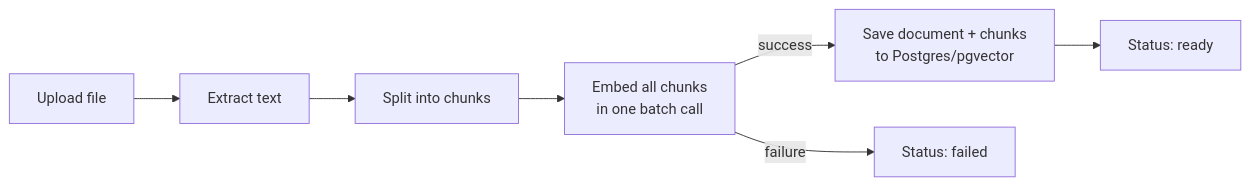
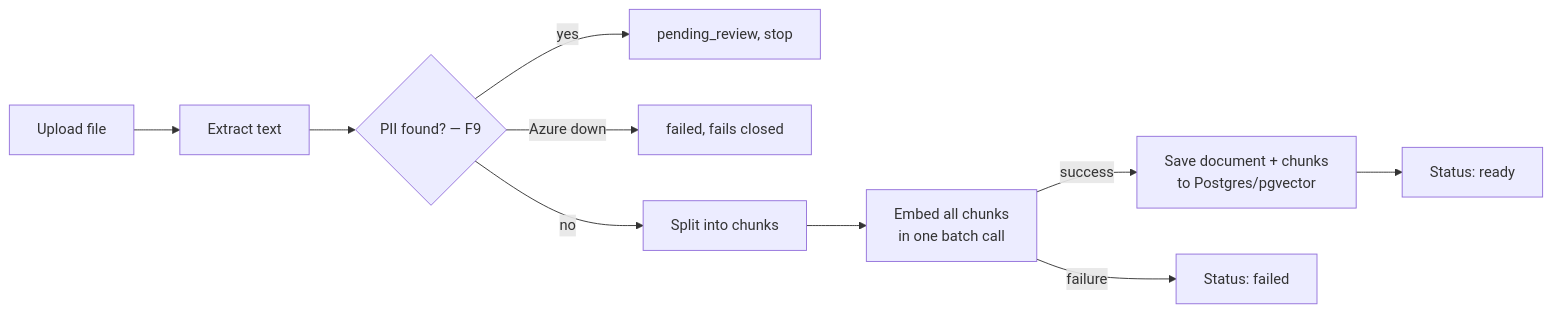
One commit to NavdeepTU/genai_projects changed the first of 12 diagrams in knowledge-brain/docs/INTERVIEW_PREP.md. Above: the diagram before and after it, drawn with Mermaid. The commit also changed other lines of this file and 2 other files, not shown here.

````diff
--- a/knowledge-brain/docs/INTERVIEW_PREP.md
+++ b/knowledge-brain/docs/INTERVIEW_PREP.md
@@ -20,9 +19,12 @@
 ```mermaid
 flowchart LR
     UP[Upload file] --> EXT[Extract text]
-    EXT --> CHUNK[Split into chunks]
+    EXT --> PII{PII found? — F9}
+    PII -->|yes| REVIEW[pending_review, stop]
+    PII -->|Azure down| FAILCLOSED[failed, fails closed]
+    PII -->|no| CHUNK[Split into chunks]
     CHUNK --> EMB[Embed all chunks<br/>in one batch call]
     EMB -->|success| SAVE[Save document + chunks<br/>to Postgres/pgvector]
     SAVE --> READY[Status: ready]
     EMB -->|failure| FAILED[Status: failed]
 ```
````
